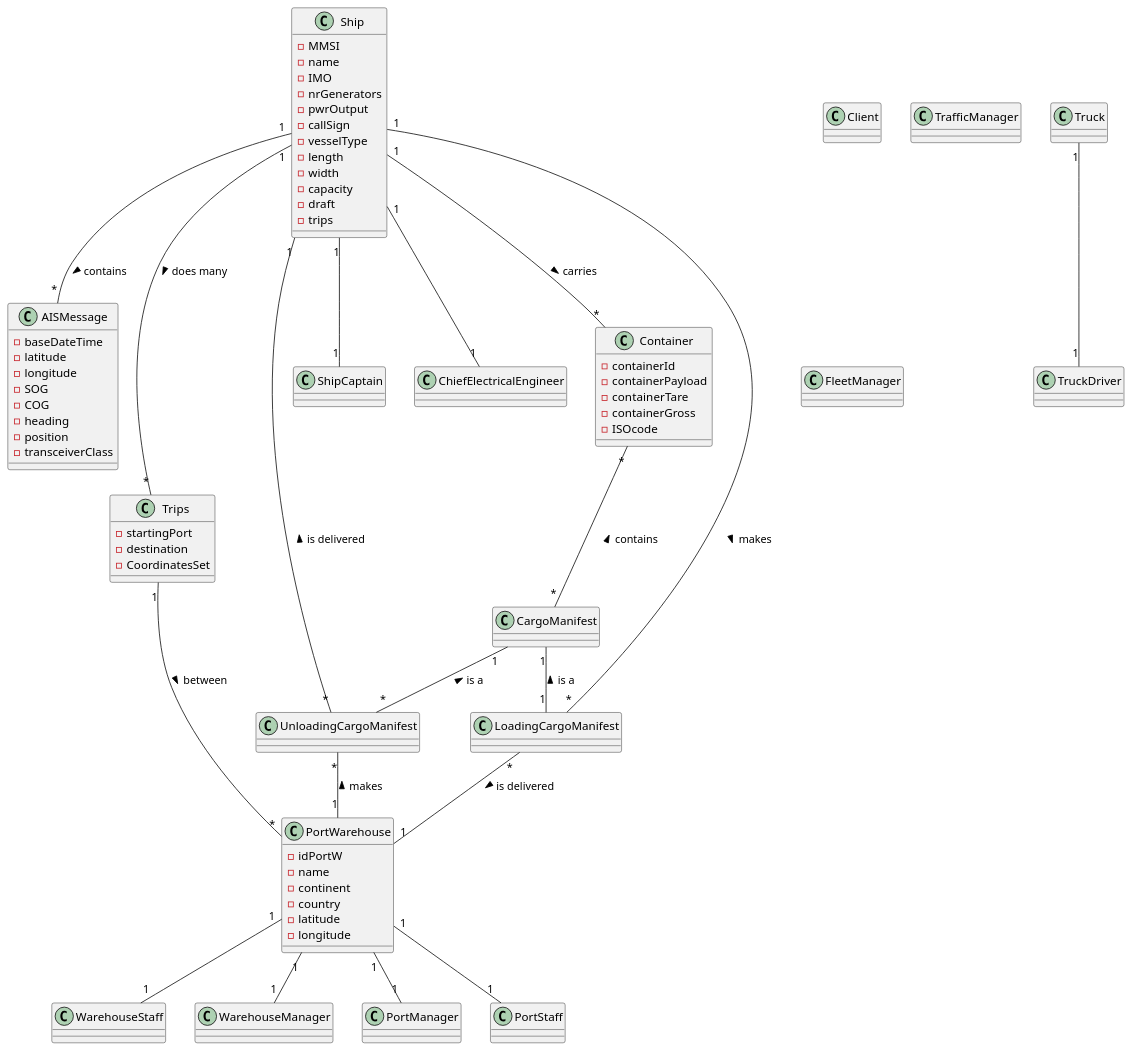
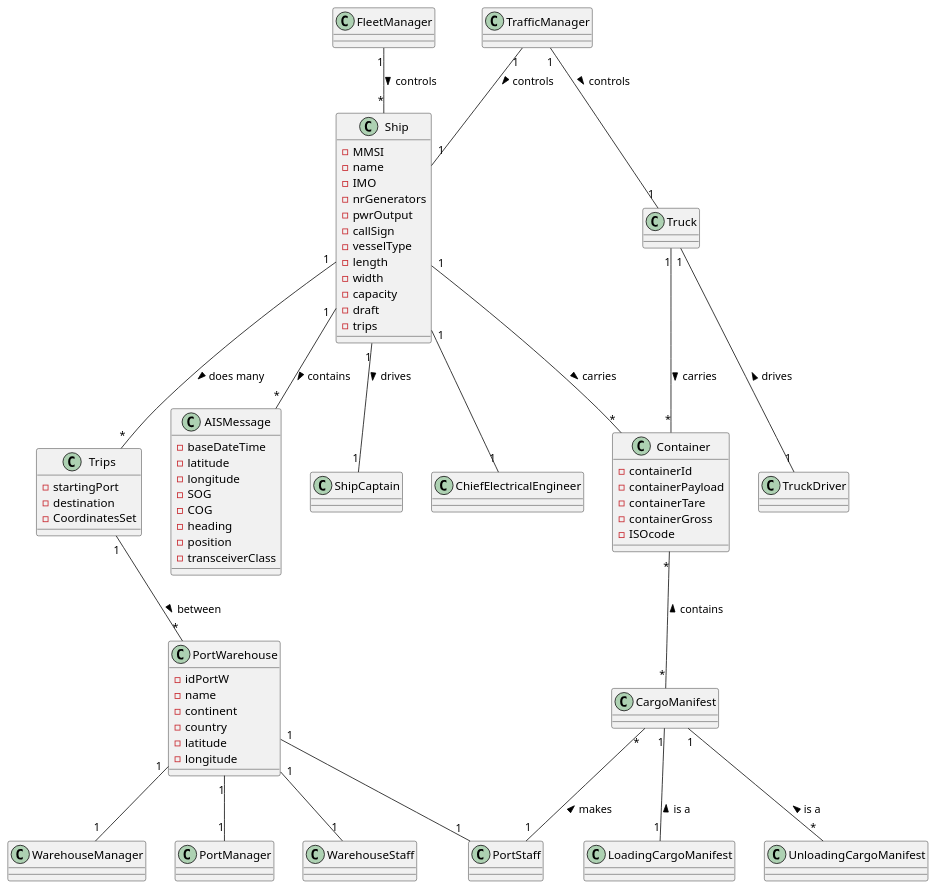
One commit to mpoboas/lapr3-2021-g102 changed the diagram in docs/Sprint1/DM.puml. Above: the diagram before and after it, drawn with PlantUML. The commit also changed 1 other file, not shown here.

```diff
--- a/docs/Sprint1/DM.puml
+++ b/docs/Sprint1/DM.puml
@@ -1,114 +1,112 @@
 @startuml
 'https://plantuml.com/class-diagram
 
 class Ship {
 -MMSI
 -name
 -IMO
 -nrGenerators
 -pwrOutput
 -callSign
 -vesselType
 -length
 -width
 -capacity
 -draft
 -trips
 }
 class AISMessage{
 -baseDateTime
 -latitude
 -longitude
 -SOG
 -COG
 -heading
 -position
 -transceiverClass
 }
 class Trips{
 -startingPort
 -destination
 -CoordinatesSet
 }
 class Truck {
 }
 
 class Container {
 -containerId
 -containerPayload
 -containerTare
 -containerGross
 -ISOcode
 }
 
 class PortWarehouse {
 -idPortW
 -name
 -continent
 -country
 -latitude
 -longitude
 }
 
 class ShipCaptain {
 }
 
-class Client {
-}
-
 class TrafficManager {
 }
 
 class FleetManager {
 }
 
 class WarehouseStaff {
 }
 
 class WarehouseManager {
 }
 
 class PortManager {
 }
 
 class PortStaff {
 }
 
 class TrafficManager {
 }
 
 class TruckDriver {
 }
 
 class ChiefElectricalEngineer {
 }
 
 class CargoManifest {
 }
 
 class LoadingCargoManifest {
 }
 
 class UnloadingCargoManifest {
 }
 
+FleetManager "1" -- "*" Ship : controls >
+TrafficManager "1" -- "1" Ship : controls >
+TrafficManager "1" -- "1" Truck : controls >
 Ship "1" -- "*" Container : carries >
 Ship "1" -- "*" AISMessage : contains >
-Ship "1" -- "1" ShipCaptain
+Ship "1" -- "1" ShipCaptain : drives >
 Ship "1" -- "1" ChiefElectricalEngineer
-Ship "1" -- "*" LoadingCargoManifest : makes >
-Ship "1" -- "*" UnloadingCargoManifest : is delivered <
 Trips "1" -- "*" PortWarehouse : between >
 Ship "1" -- "*" Trips : does many >
 Container "*" -- "*" CargoManifest : contains <
-Truck "1" -- "1" TruckDriver
+Truck "1" -- "*" Container : carries >
+Truck "1" -- "1" TruckDriver : drives <
 PortWarehouse "1" -- "1" WarehouseManager
 PortWarehouse "1" -- "1" WarehouseStaff
 PortWarehouse "1" -- "1" PortManager
 PortWarehouse "1" -- "1" PortStaff
 LoadingCargoManifest "1" -u- "1" CargoManifest : is a >
-LoadingCargoManifest "*" -- "1" PortWarehouse : is delivered >
-UnloadingCargoManifest "*" -- "1" PortWarehouse : makes <
+CargoManifest "*" -- "1" PortStaff : makes <
 UnloadingCargoManifest "*" -u- "1" CargoManifest : is a >
 
 @enduml
```
